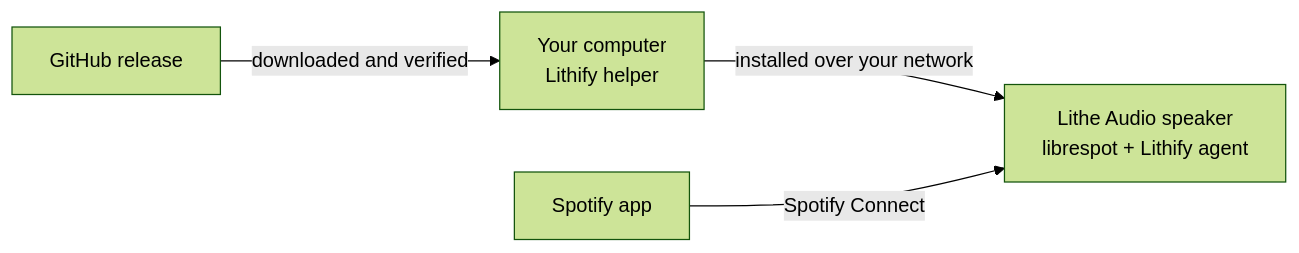
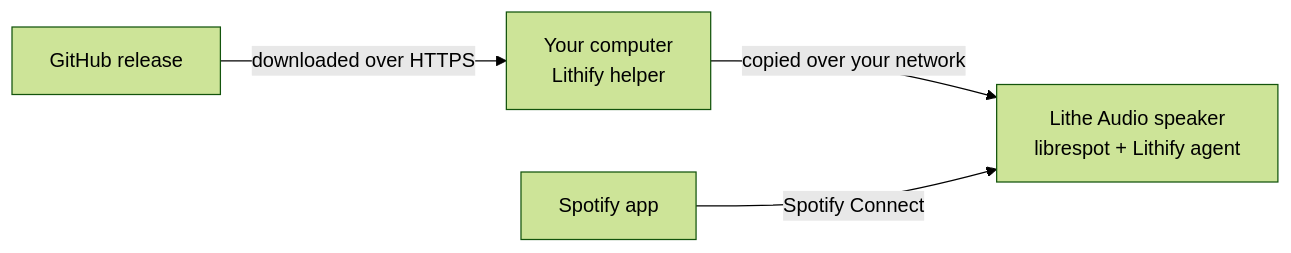
Before and after one commit to TomaszKondraciuk/lithify: the diagram in README.md, drawn with Mermaid (forest theme). The commit also changed other lines of this file and 11 other files, not shown here.

````diff
--- a/README.md
+++ b/README.md
@@ -111,6 +141,6 @@
 ```mermaid
 flowchart LR
-    release["GitHub release"] -- "downloaded and verified" --> computer["Your computer<br>Lithify helper"]
-    computer -- "installed over your network" --> speaker["Lithe Audio speaker<br>librespot + Lithify agent"]
+    release["GitHub release"] -- "downloaded over HTTPS" --> computer["Your computer<br>Lithify helper"]
+    computer -- "copied over your network" --> speaker["Lithe Audio speaker<br>librespot + Lithify agent"]
     app["Spotify app"] -- "Spotify Connect" --> speaker
 ```
````
